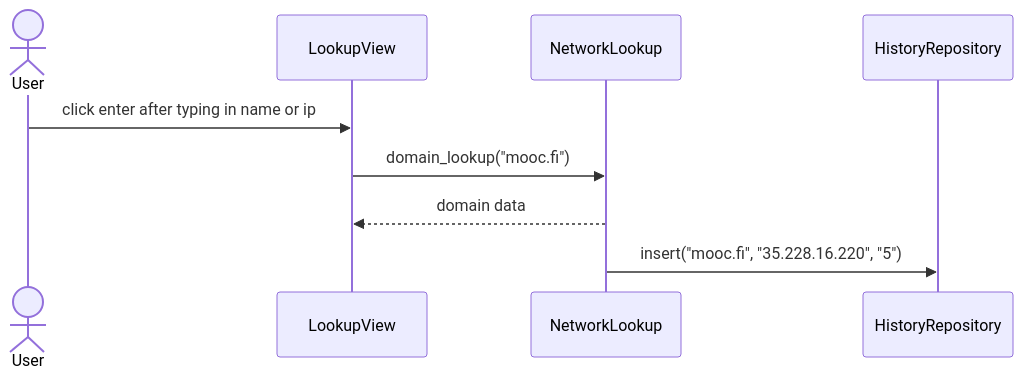
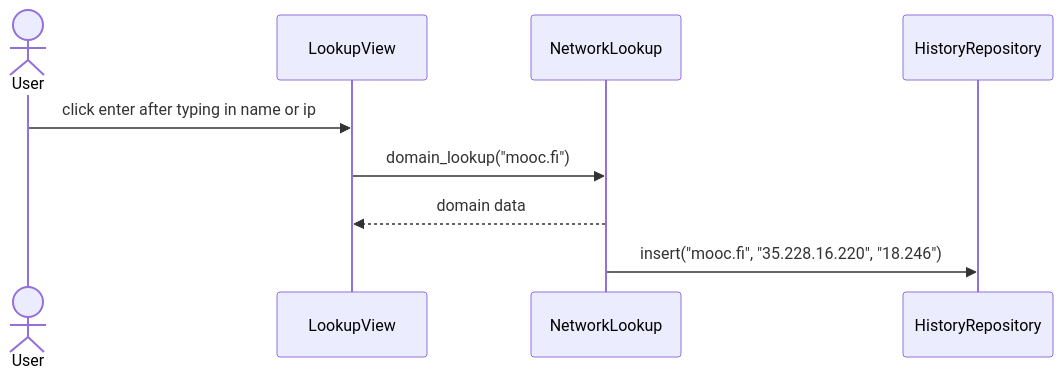
The third of 4 diagrams in dokumentaatio/arkkitehtuuri.md (weverhall/ot-harjoitustyo), drawn with Mermaid before and after one commit. The commit also changed 3 other files, not shown here.

````diff
--- a/dokumentaatio/arkkitehtuuri.md
+++ b/dokumentaatio/arkkitehtuuri.md
@@ -51,11 +51,11 @@
 ```mermaid
 sequenceDiagram
     actor User
     participant LookupView
     participant NetworkLookup
     participant HistoryRepository
     User->>LookupView: click enter after typing in name or ip
     LookupView->>NetworkLookup: domain_lookup("mooc.fi")
     NetworkLookup-->>LookupView: domain data
-    NetworkLookup->>HistoryRepository: insert("mooc.fi", "35.228.16.220", "5")
+    NetworkLookup->>HistoryRepository: insert("mooc.fi", "35.228.16.220", "18.246")
 ```
````
